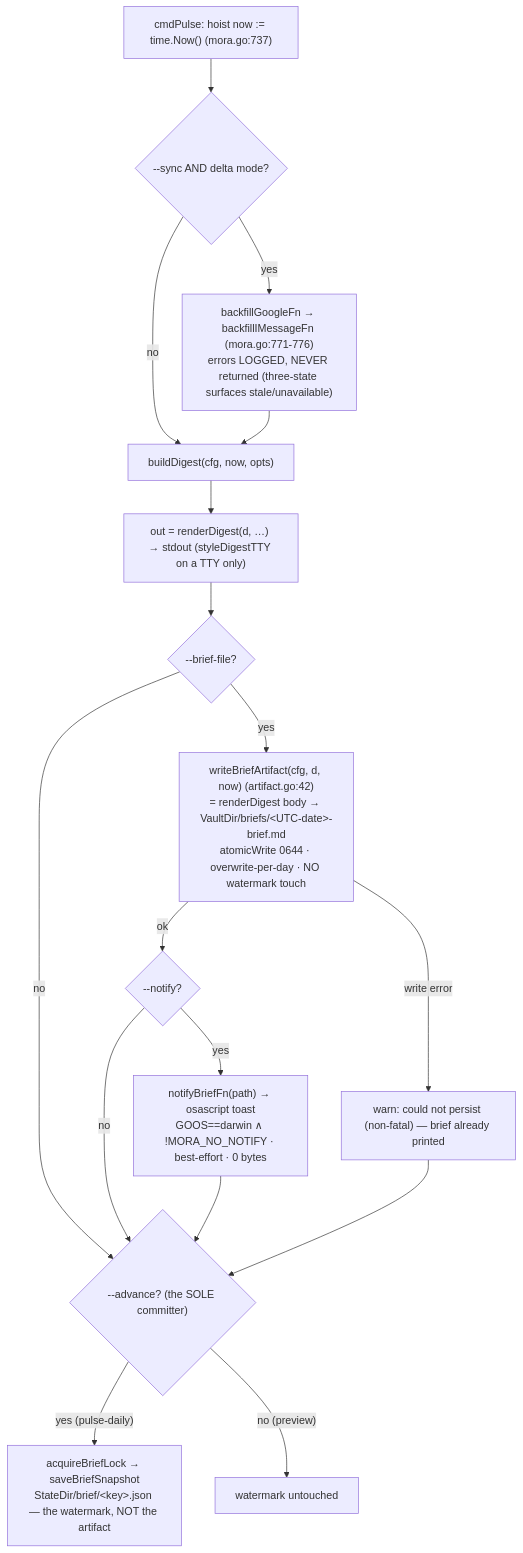
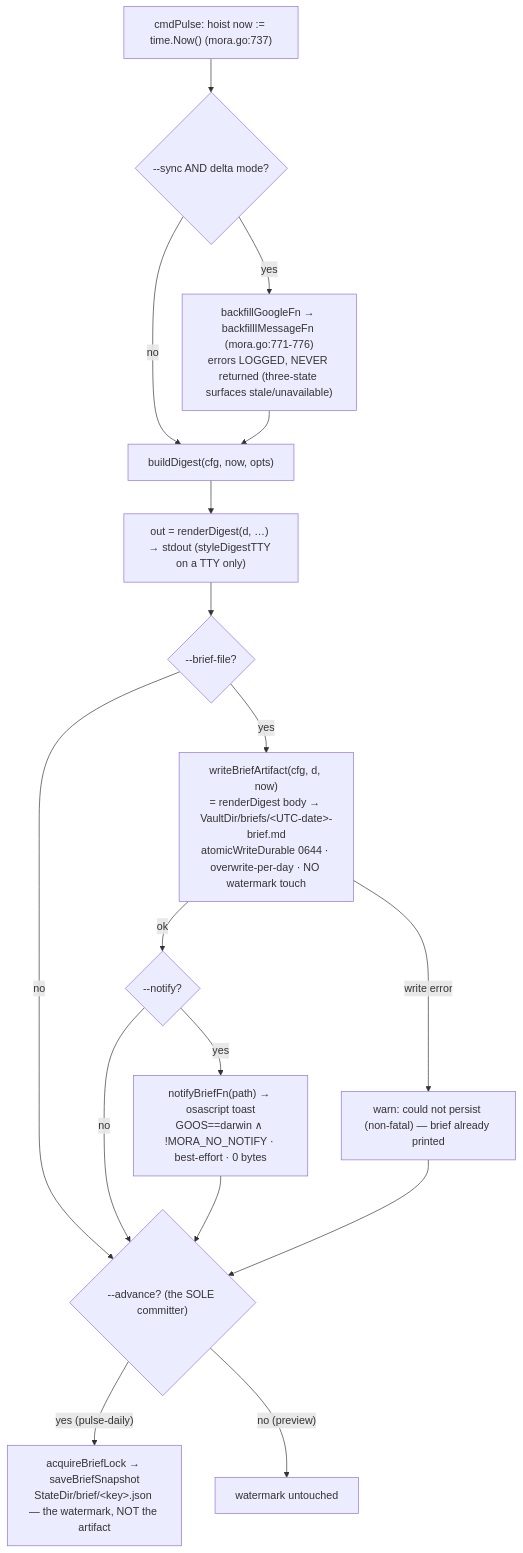
One commit to pyranthus-hq/mora changed the third of 6 diagrams in docs/architecture/07-synthesis-think-digest.md. Above: the diagram before and after it, drawn with Mermaid. The commit also changed other lines of this file and 12 other files, not shown here.

````diff
--- a/docs/architecture/07-synthesis-think-digest.md
+++ b/docs/architecture/07-synthesis-think-digest.md
@@ -259,19 +259,19 @@
 ```mermaid
 flowchart TD
   PULSE["cmdPulse: hoist now := time.Now() (mora.go:737)"] --> SYNCQ{"--sync AND delta mode?"}
   SYNCQ -->|yes| SYNC["backfillGoogleFn → backfillIMessageFn (mora.go:771-776)<br/>errors LOGGED, NEVER returned (three-state surfaces stale/unavailable)"]
   SYNCQ -->|no| BUILD
   SYNC --> BUILD["buildDigest(cfg, now, opts)"]
   BUILD --> RENDER["out = renderDigest(d, …) → stdout (styleDigestTTY on a TTY only)"]
   RENDER --> BFQ{"--brief-file?"}
   BFQ -->|no| ADV
-  BFQ -->|yes| ART["writeBriefArtifact(cfg, d, now) (artifact.go:42)<br/>= renderDigest body → VaultDir/briefs/&lt;UTC-date&gt;-brief.md<br/>atomicWrite 0644 · overwrite-per-day · NO watermark touch"]
+  BFQ -->|yes| ART["writeBriefArtifact(cfg, d, now)<br/>= renderDigest body → VaultDir/briefs/&lt;UTC-date&gt;-brief.md<br/>atomicWriteDurable 0644 · overwrite-per-day · NO watermark touch"]
   ART -->|write error| WARN["warn: could not persist (non-fatal) — brief already printed"]
   ART -->|ok| NTQ{"--notify?"}
   NTQ -->|yes| TOAST["notifyBriefFn(path) → osascript toast<br/>GOOS==darwin ∧ !MORA_NO_NOTIFY · best-effort · 0 bytes"]
   NTQ -->|no| ADV
   TOAST --> ADV{"--advance? (the SOLE committer)"}
   WARN --> ADV
   ADV -->|"yes (pulse-daily)"| WM["acquireBriefLock → saveBriefSnapshot<br/>StateDir/brief/&lt;key&gt;.json — the watermark, NOT the artifact"]
   ADV -->|"no (preview)"| NOOP["watermark untouched"]
 ```
````
